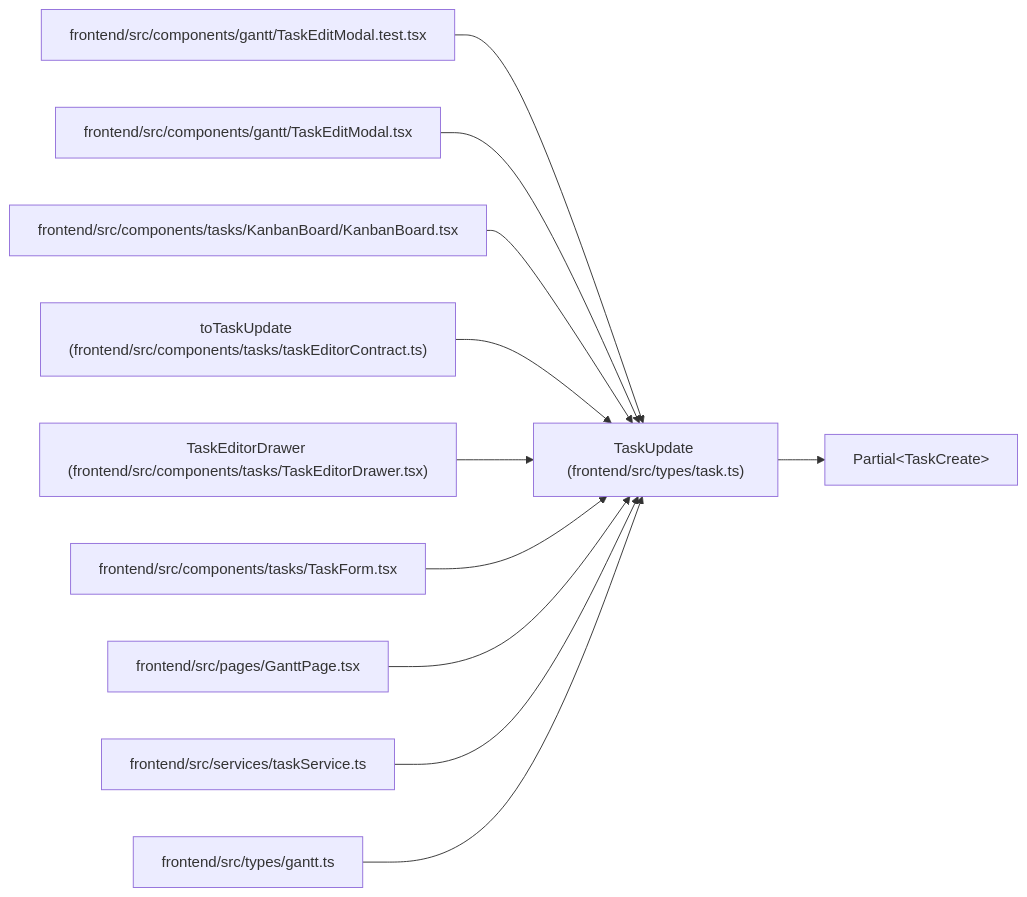
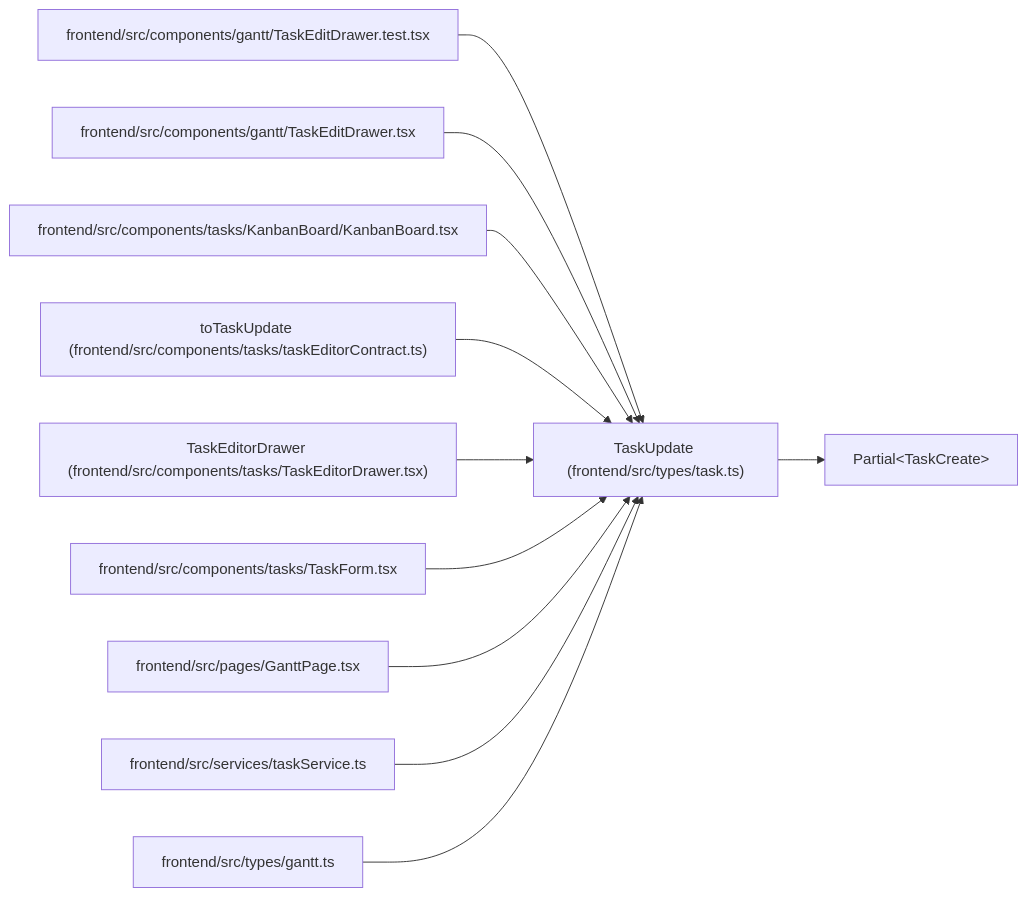
Before and after one commit to Denissvgn/WorkChord: the diagram in docs/llm_wiki/entities/types_task_TaskUpdate.md, drawn with Mermaid. The commit also changed other lines of this file and 2373 other files, not shown here.

````diff
--- a/docs/llm_wiki/entities/types_task_TaskUpdate.md
+++ b/docs/llm_wiki/entities/types_task_TaskUpdate.md
@@ -26,34 +26,34 @@
 ```mermaid
 flowchart LR
     n0["TaskUpdate (frontend/src/types/task.ts)"]
     n1["Partial#60;TaskCreate#62;"]
-    n2["frontend/src/components/gantt/TaskEditModal.test.tsx"]
-    n3["frontend/src/components/gantt/TaskEditModal.tsx"]
+    n2["frontend/src/components/gantt/TaskEditDrawer.test.tsx"]
+    n3["frontend/src/components/gantt/TaskEditDrawer.tsx"]
     n4["frontend/src/components/tasks/KanbanBoard/KanbanBoard.tsx"]
     n5["toTaskUpdate (frontend/src/components/tasks/taskEditorContract.ts)"]
     n6["TaskEditorDrawer (frontend/src/components/tasks/TaskEditorDrawer.tsx)"]
     n7["frontend/src/components/tasks/TaskForm.tsx"]
     n8["frontend/src/pages/GanttPage.tsx"]
     n9["frontend/src/services/taskService.ts"]
     n10["frontend/src/types/gantt.ts"]
     n0 --> n1
     n2 --> n0
     n3 --> n0
     n4 --> n0
     n5 --> n0
     n6 --> n0
     n7 --> n0
     n8 --> n0
     n9 --> n0
     n10 --> n0
     click n0 "../modules/types_task.md"
-    click n2 "../modules/TaskEditModal.test.md"
-    click n3 "../modules/TaskEditModal.md"
+    click n2 "../modules/TaskEditDrawer.test.md"
+    click n3 "../modules/TaskEditDrawer.md"
     click n4 "../modules/KanbanBoard.md"
     click n5 "../modules/taskEditorContract.md"
     click n6 "../modules/TaskEditorDrawer.md"
     click n7 "../modules/TaskForm.md"
     click n8 "../modules/GanttPage.md"
     click n9 "../modules/taskService.md"
     click n10 "../modules/types_gantt.md"
 ```
````
